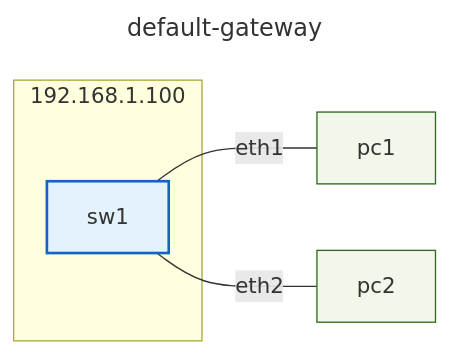
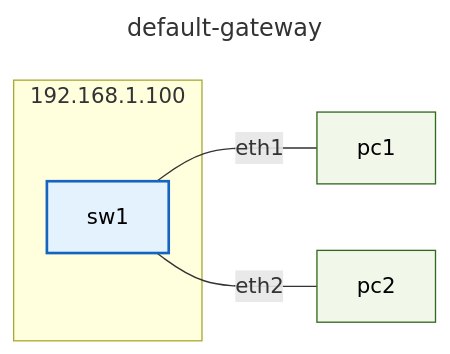
One commit to CapnCheapo/open-network-labs changed the diagram in labs/fundamentals/default-gateway/README.md. Above: the diagram before and after it, drawn with Mermaid.

Commit message:
Device names hard to read

````diff
--- a/labs/fundamentals/default-gateway/README.md
+++ b/labs/fundamentals/default-gateway/README.md
@@ -1,21 +1,21 @@
 ```mermaid
 ---
 title: default-gateway
 ---
 graph LR
   subgraph gw["192.168.1.100"]
     sw1["<fa:network-wired> sw1"]
   end
 
   pc1["<fa:laptop> pc1"]
   pc2["<fa:laptop> pc2"]
 
-  classDef switch fill:#e3f2fd,stroke:#1565c0,stroke-width:2px;
-  classDef host fill:#f1f8e9,stroke:#33691e;
+  classDef switch fill:#e3f2fd,stroke:#1565c0,stroke-width:2px,color:#000;
+  classDef host fill:#f1f8e9,stroke:#33691e,color:#000;
 
   class sw1 switch
   class pc1,pc2 host
 
   sw1 ---|"eth1"| pc1
   sw1 ---|"eth2"| pc2
 ```
````
